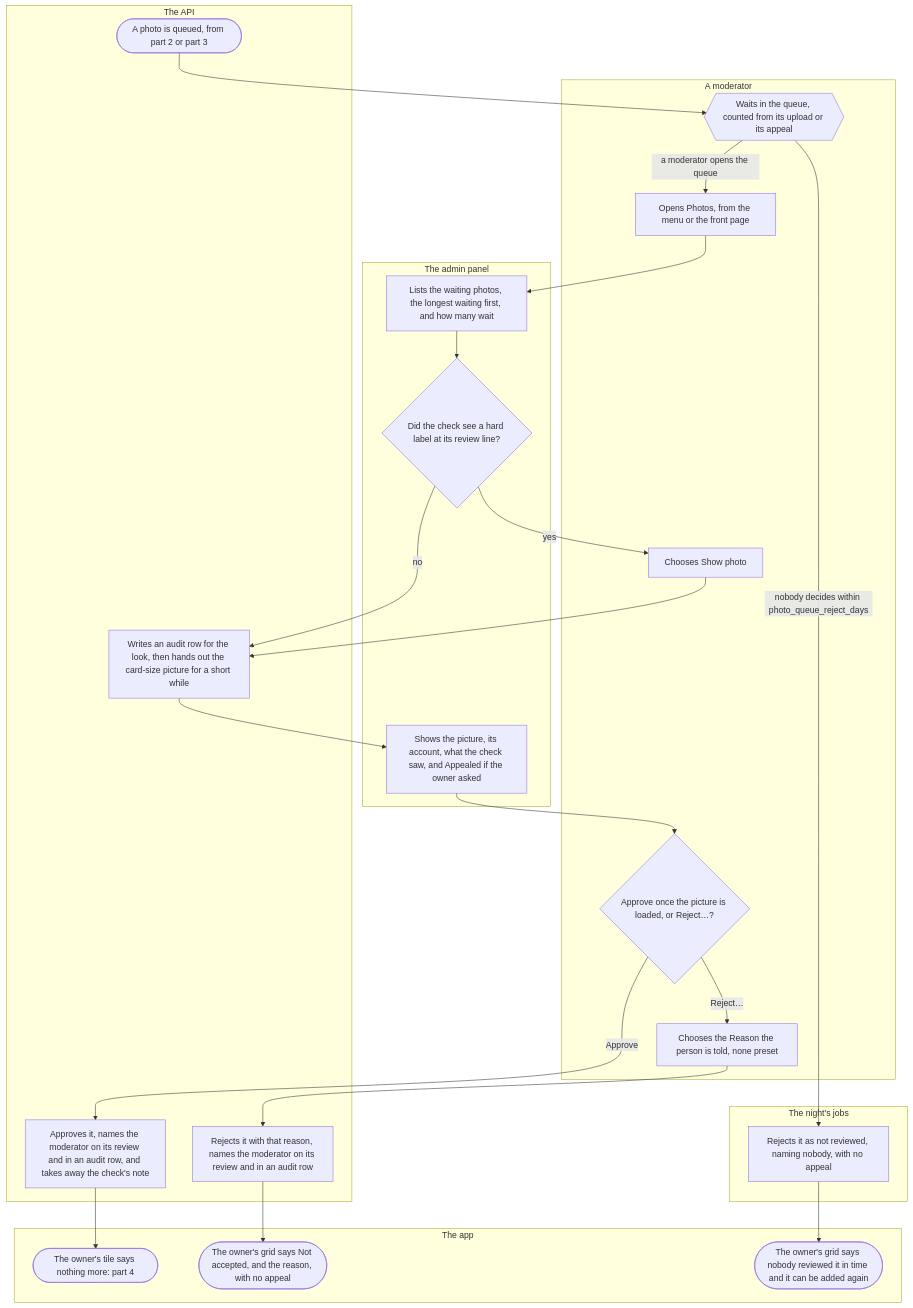
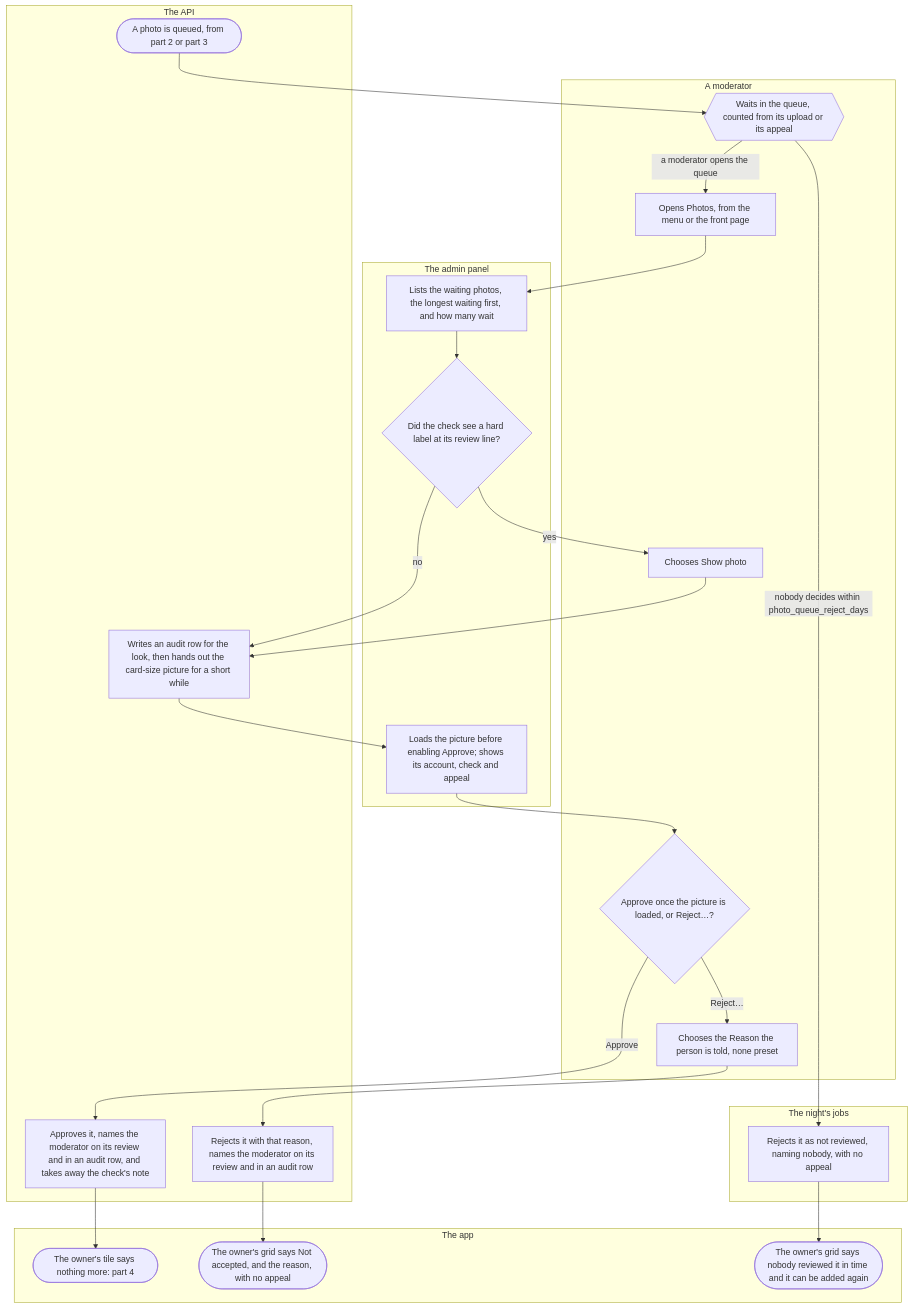
One commit to kuutti-ry/kuutti-app changed the sixth of 7 diagrams in docs/flows/photos.md. Above: the diagram before and after it, drawn with Mermaid. The commit also changed other lines of this file and 158 other files, not shown here.

````diff
--- a/docs/flows/photos.md
+++ b/docs/flows/photos.md
@@ -304,47 +304,47 @@
 ```mermaid
 flowchart TB
   accTitle: Photos, part 6: the photo queue
   accDescr: A photo the check was unsure of, or one its owner appealed, waits in the moderators' queue. A moderator sees it under Photos with what the check saw, a sensitive one only on asking, and approves it or rejects it with a reason the owner reads. Every look and every decision is an audit row. A photo nobody decides within photo_queue_reject_days is rejected by the night as not reviewed.
   subgraph app["The app"]
     s73(["The owner's tile says nothing more: part 4"])
     s76(["The owner's grid says Not accepted, and the reason, with no appeal"])
     s78(["The owner's grid says nobody reviewed it in time and it can be added again"])
   end
   subgraph api["The API"]
     s63(["A photo is queued, from part 2 or part 3"])
     s69["Writes an audit row for the look, then hands out the card-size picture for a short while"]
     s72["Approves it, names the moderator on its review and in an audit row, and takes away the check's note"]
     s75["Rejects it with that reason, names the moderator on its review and in an audit row"]
   end
   subgraph moderator["A moderator"]
     s64{{"Waits in the queue, counted from its upload or its appeal"}}
     s65["Opens Photos, from the menu or the front page"]
     s68["Chooses Show photo"]
     s71{"Approve once the picture is loaded, or Reject…?"}
     s74["Chooses the Reason the person is told, none preset"]
   end
   subgraph admin["The admin panel"]
     s66["Lists the waiting photos, the longest waiting first, and how many wait"]
     s67{"Did the check see a hard label at its review line?"}
-    s70["Shows the picture, its account, what the check saw, and Appealed if the owner asked"]
+    s70["Loads the picture before enabling Approve; shows its account, check and appeal"]
   end
   subgraph night["The night's jobs"]
     s77["Rejects it as not reviewed, naming nobody, with no appeal"]
   end
   s63 --> s64
   s64 -->|"a moderator opens the queue"| s65
   s64 -->|"nobody decides within photo_queue_reject_days"| s77
   s65 --> s66
   s66 --> s67
   s67 -->|"yes"| s68
   s67 -->|"no"| s69
   s68 --> s69
   s69 --> s70
   s70 --> s71
   s71 -->|"Approve"| s72
   s72 --> s73
   s71 -->|"Reject…"| s74
   s74 --> s75
   s75 --> s76
   s77 --> s78
 ```
````
